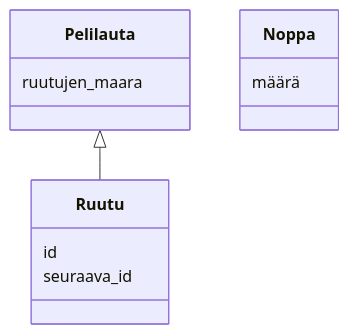
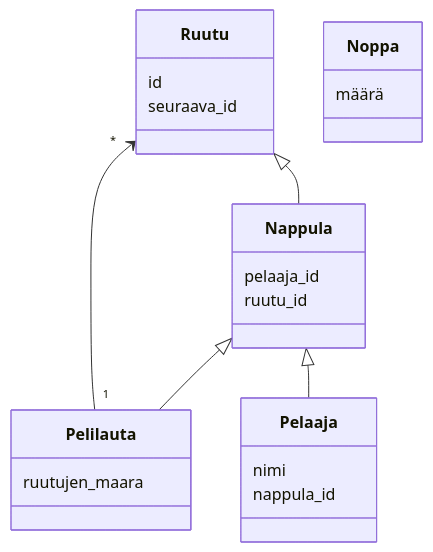
Before and after one commit to msslotboom/ot-harjoitustyo: the diagram in laskarit/viikko3/monopoli.md, drawn with Mermaid. The commit also changed 2 other files, not shown here.

Commit message:
Viikko 3 tehtävä 3 ja tehtävä 4

````diff
--- a/laskarit/viikko3/monopoli.md
+++ b/laskarit/viikko3/monopoli.md
@@ -3,15 +3,25 @@
 ```mermaid
  classDiagram
-    Pelilauta <|-- Ruutu
+    Ruutu "*" <-- "1" Pelilauta
+    Nappula <|-- Pelaaja
+    Nappula <|-- Pelilauta
+    Ruutu <|-- Nappula
     class Pelilauta{
         ruutujen_maara
     }
     class Ruutu{
         id
         seuraava_id
-
+    }
+    class Pelaaja{
+        nimi
+        nappula_id
+    }
+    class Nappula{
+        pelaaja_id
+        ruutu_id
     }
     class Noppa{
         määrä
     }
 ```
````
